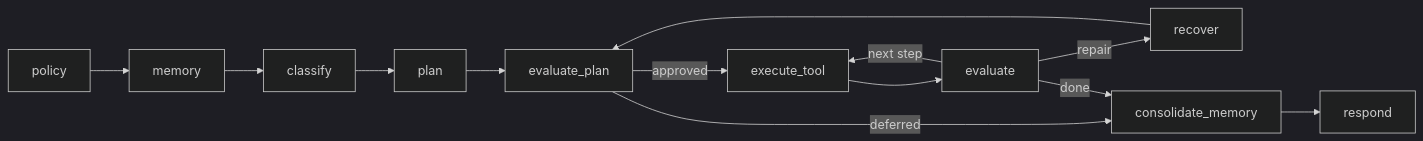
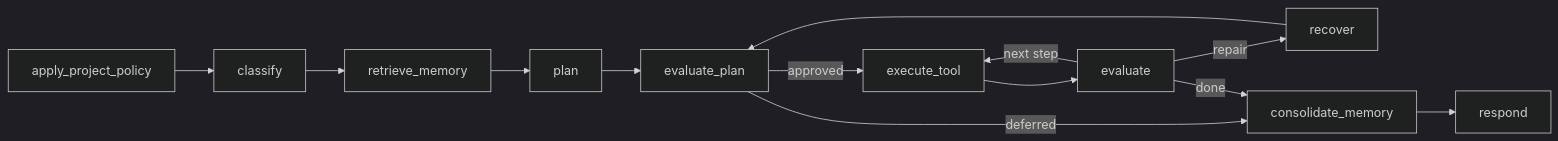
The diagram in CODE_READING_GUIDE.md (Tony90107/Netzoo-Agent), drawn with Mermaid (dark theme) before and after one commit. The commit also changed other lines of this file and 27 other files, not shown here.

````diff
--- a/CODE_READING_GUIDE.md
+++ b/CODE_READING_GUIDE.md
@@ -62,10 +74,10 @@
 ```mermaid
 flowchart LR
-    A["policy"] --> B["memory"] --> C["classify"] --> D["plan"]
+    A["apply_project_policy"] --> B["classify"] --> C["retrieve_memory"] --> D["plan"]
     D --> E["evaluate_plan"]
     E -->|approved| F["execute_tool"] --> G["evaluate"]
     G -->|next step| F
     G -->|repair| H["recover"] --> E
     E -->|deferred| I["consolidate_memory"]
     G -->|done| I --> J["respond"]
 ```
````
